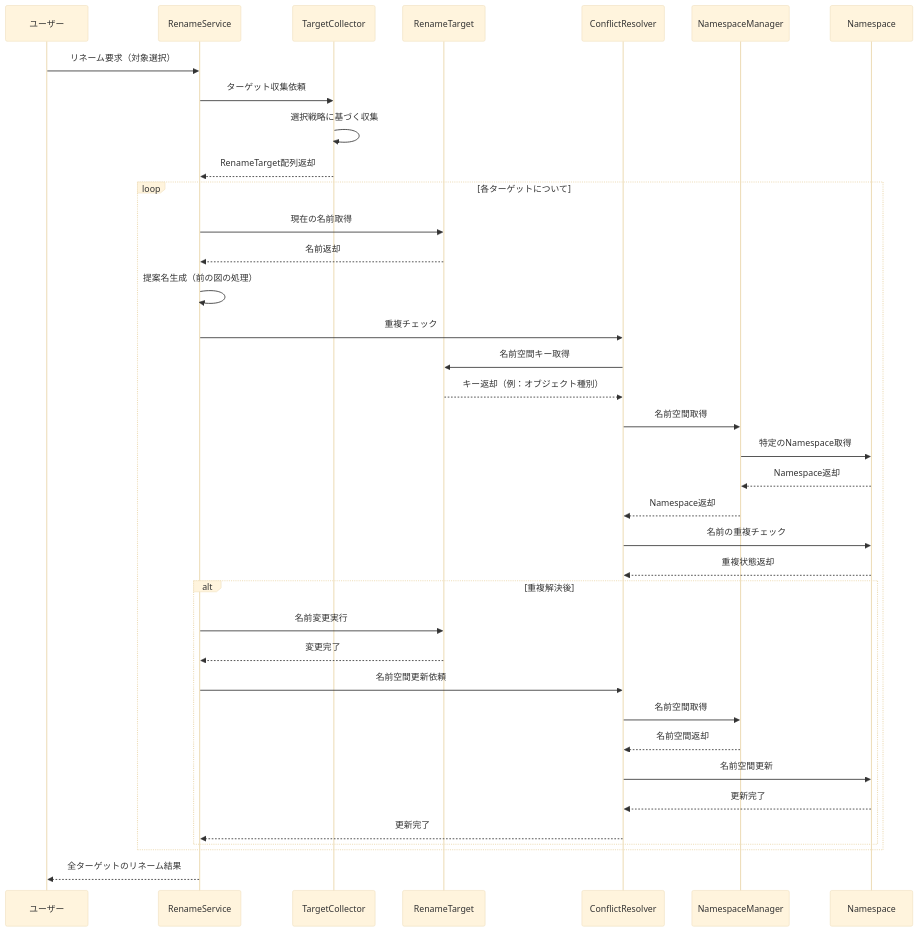
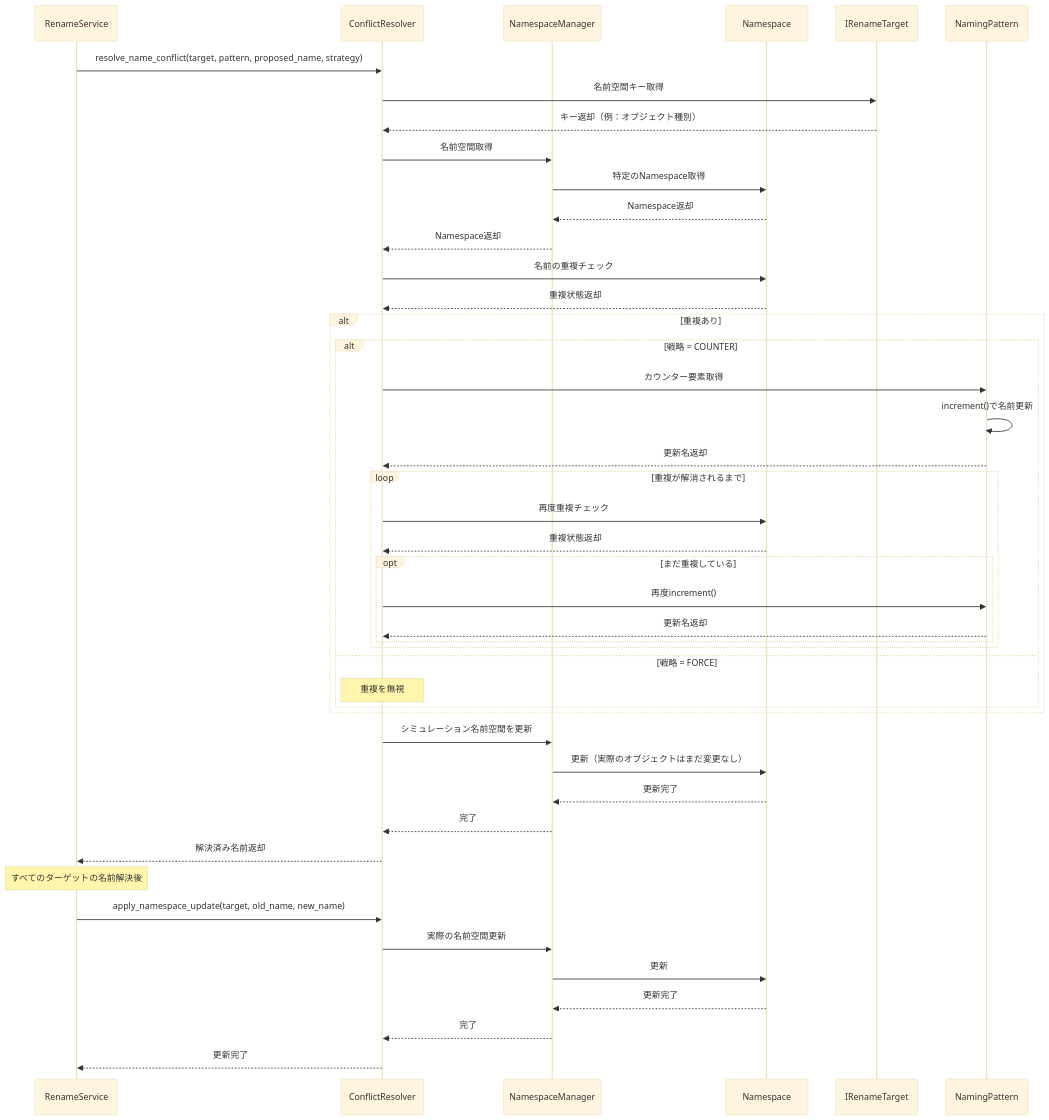
The second of 3 diagrams in docs/source/development/design_notes/class_diagrams.rst (Pluglug/modular-renamer), drawn with Mermaid (base theme) before and after one commit. The commit also changed other lines of this file, not shown here.

Commit message:
Clarified the duplicate avoidance process for bulk renames. Defined new BatchRenameOperation and RenameResult classes, and clarified dependencies on RenameService.

```diff
--- a/docs/source/development/design_notes/class_diagrams.rst
+++ b/docs/source/development/design_notes/class_diagrams.rst
@@ -65,51 +81,59 @@
 .. mermaid::
-    :caption: コレクターおよび名前空間のクラス図
+    :caption: 名前空間管理と競合解決フロー
     :zoom:
 
     sequenceDiagram
-        participant ユーザー
         participant RenameService
-        participant TargetCollector
-        participant RenameTarget
         participant ConflictResolver
         participant NamespaceManager
         participant Namespace
+        participant IRenameTarget
+        participant NamingPattern
         
-        ユーザー->>RenameService: リネーム要求（対象選択）
-        RenameService->>TargetCollector: ターゲット収集依頼
+        RenameService->>ConflictResolver: resolve_name_conflict(target, pattern, proposed_name, strategy)
+        ConflictResolver->>IRenameTarget: 名前空間キー取得
+        IRenameTarget-->>ConflictResolver: キー返却（例：オブジェクト種別）
         
-        TargetCollector->>TargetCollector: 選択戦略に基づく収集
-        TargetCollector-->>RenameService: RenameTarget配列返却
+        ConflictResolver->>NamespaceManager: 名前空間取得
+        NamespaceManager->>Namespace: 特定のNamespace取得
+        Namespace-->>NamespaceManager: Namespace返却
+        NamespaceManager-->>ConflictResolver: Namespace返却
         
-        loop 各ターゲットについて
-            RenameService->>RenameTarget: 現在の名前取得
-            RenameTarget-->>RenameService: 名前返却
-            
-            RenameService->>RenameService: 提案名生成（前の図の処理）
-            
-            RenameService->>ConflictResolver: 重複チェック
-            ConflictResolver->>RenameTarget: 名前空間キー取得
-            RenameTarget-->>ConflictResolver: キー返却（例：オブジェクト種別）
-            
-            ConflictResolver->>NamespaceManager: 名前空間取得
-            NamespaceManager->>Namespace: 特定のNamespace取得
-            Namespace-->>NamespaceManager: Namespace返却
-            NamespaceManager-->>ConflictResolver: Namespace返却
-            
-            ConflictResolver->>Namespace: 名前の重複チェック
-            Namespace-->>ConflictResolver: 重複状態返却
-            
-            alt 重複解決後
-                RenameService->>RenameTarget: 名前変更実行
-                RenameTarget-->>RenameService: 変更完了
+        ConflictResolver->>Namespace: 名前の重複チェック
+        Namespace-->>ConflictResolver: 重複状態返却
+        
+        alt 重複あり
+            alt 戦略 = COUNTER
+                ConflictResolver->>NamingPattern: カウンター要素取得
+                NamingPattern->>NamingPattern: increment()で名前更新
+                NamingPattern-->>ConflictResolver: 更新名返却
                 
-                RenameService->>ConflictResolver: 名前空間更新依頼
-                ConflictResolver->>NamespaceManager: 名前空間取得
-                NamespaceManager-->>ConflictResolver: 名前空間返却
-                ConflictResolver->>Namespace: 名前空間更新
-                Namespace-->>ConflictResolver: 更新完了
-                ConflictResolver-->>RenameService: 更新完了
+                loop 重複が解消されるまで
+                    ConflictResolver->>Namespace: 再度重複チェック
+                    Namespace-->>ConflictResolver: 重複状態返却
+                    
+                    opt まだ重複している
+                        ConflictResolver->>NamingPattern: 再度increment()
+                        NamingPattern-->>ConflictResolver: 更新名返却
+                    end
+                end
+            else 戦略 = FORCE
+                Note over ConflictResolver: 重複を無視
             end
         end
         
-        RenameService-->>ユーザー: 全ターゲットのリネーム結果
+        ConflictResolver->>NamespaceManager: シミュレーション名前空間を更新
+        NamespaceManager->>Namespace: 更新（実際のオブジェクトはまだ変更なし）
+        Namespace-->>NamespaceManager: 更新完了
+        NamespaceManager-->>ConflictResolver: 完了
+        
+        ConflictResolver-->>RenameService: 解決済み名前返却
+        
+        Note over RenameService: すべてのターゲットの名前解決後
+        
+        RenameService->>ConflictResolver: apply_namespace_update(target, old_name, new_name)
+        ConflictResolver->>NamespaceManager: 実際の名前空間更新
+        NamespaceManager->>Namespace: 更新
+        Namespace-->>NamespaceManager: 更新完了
+        NamespaceManager-->>ConflictResolver: 完了
+        ConflictResolver-->>RenameService: 更新完了
```
